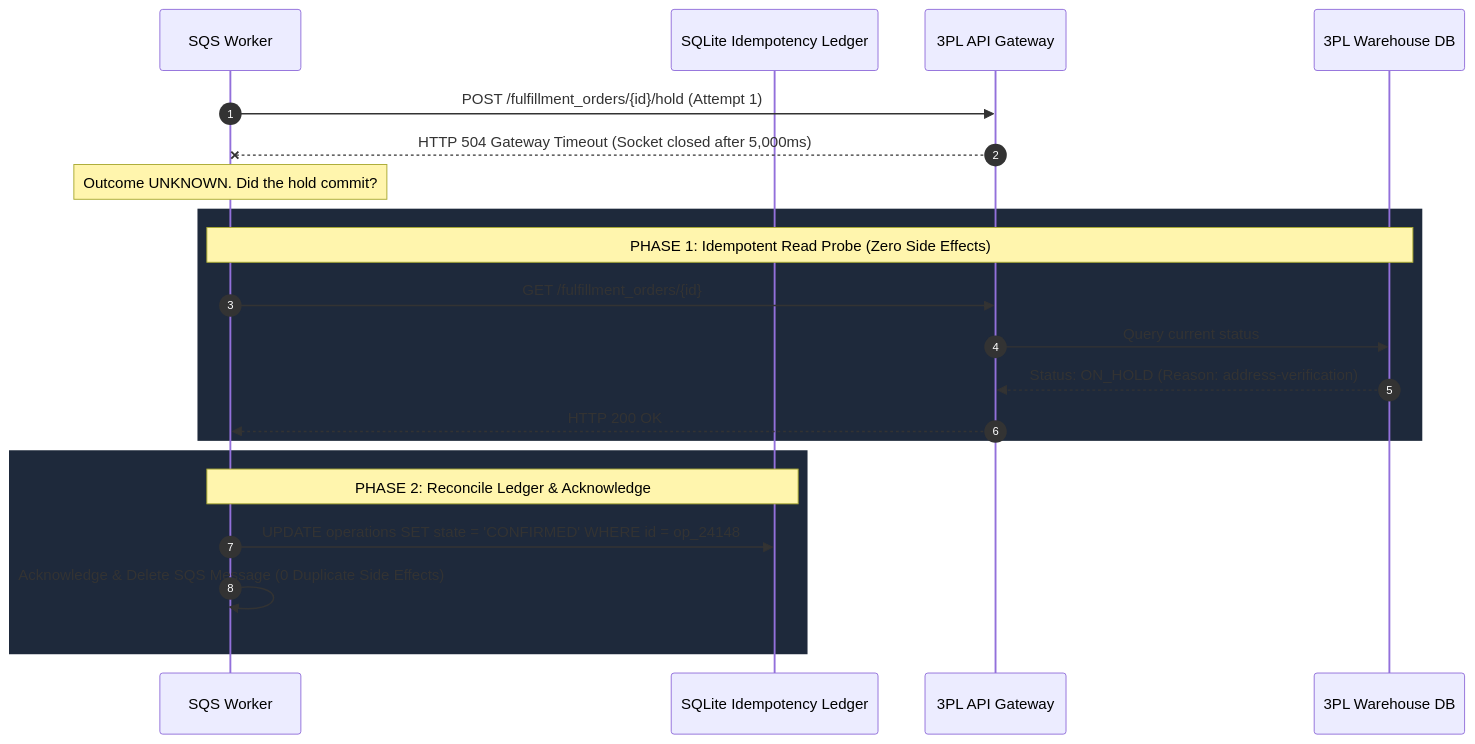
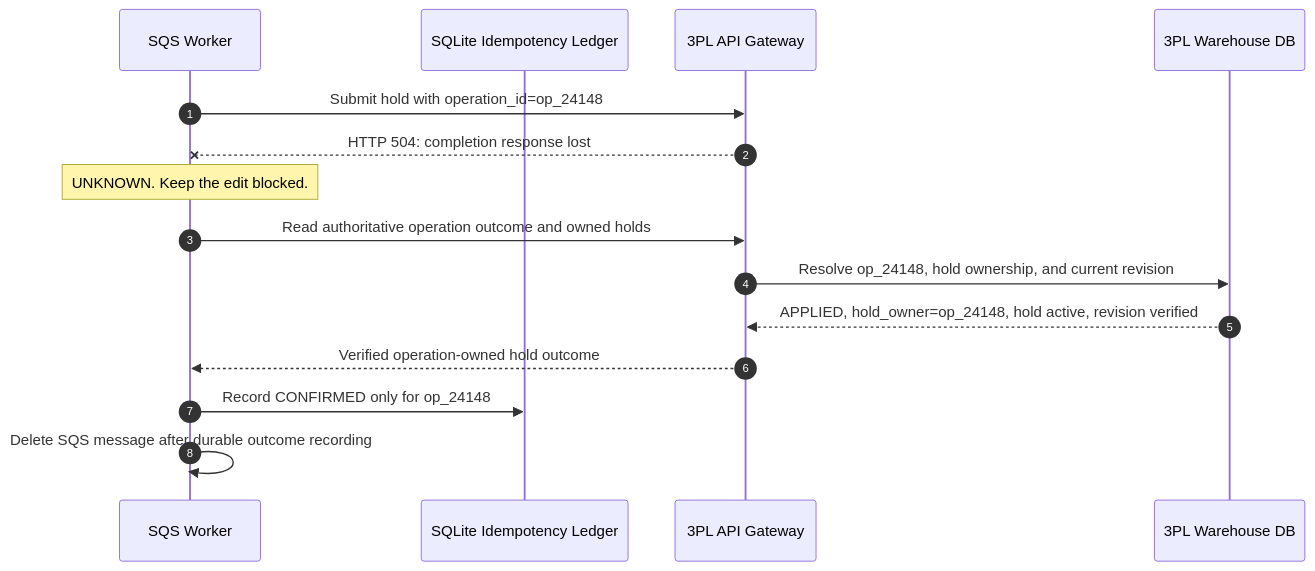
Before and after one commit to riovicsusas/portfolio: the sixth of 7 diagrams in domain-4-business-automation/MasterDossier-Domain4-WebhookAutomationAndFlowTriage.md, drawn with Mermaid. The commit also changed other lines of this file and 17 other files, not shown here.

````diff
--- a/domain-4-business-automation/MasterDossier-Domain4-WebhookAutomationAndFlowTriage.md
+++ b/domain-4-business-automation/MasterDossier-Domain4-WebhookAutomationAndFlowTriage.md
@@ -417,26 +415,18 @@
 ```mermaid
 sequenceDiagram
     autonumber
     participant W as SQS Worker
     participant L as SQLite Idempotency Ledger
     participant G as 3PL API Gateway
     participant DB as 3PL Warehouse DB
 
-    W->>G: POST /fulfillment_orders/{id}/hold (Attempt 1)
-    G--xW: HTTP 504 Gateway Timeout (Socket closed after 5,000ms)
-    Note over W: Outcome UNKNOWN. Did the hold commit?
-
-    rect rgb(30, 41, 59)
-    Note over W,DB: PHASE 1: Idempotent Read Probe (Zero Side Effects)
-    W->>G: GET /fulfillment_orders/{id}
-    G->>DB: Query current status
-    DB-->>G: Status: ON_HOLD (Reason: address-verification)
-    G-->>W: HTTP 200 OK
-    end
-
-    rect rgb(30, 41, 59)
-    Note over W,L: PHASE 2: Reconcile Ledger & Acknowledge
-    W->>L: UPDATE operations SET state = 'CONFIRMED' WHERE id = op_24148
-    W->>W: Acknowledge & Delete SQS Message (0 Duplicate Side Effects)
-    end
+    W->>G: Submit hold with operation_id=op_24148
+    G--xW: HTTP 504: completion response lost
+    Note over W: UNKNOWN. Keep the edit blocked.
+    W->>G: Read authoritative operation outcome and owned holds
+    G->>DB: Resolve op_24148, hold ownership, and current revision
+    DB-->>G: APPLIED, hold_owner=op_24148, hold active, revision verified
+    G-->>W: Verified operation-owned hold outcome
+    W->>L: Record CONFIRMED only for op_24148
+    W->>W: Delete SQS message after durable outcome recording
 ```
````
